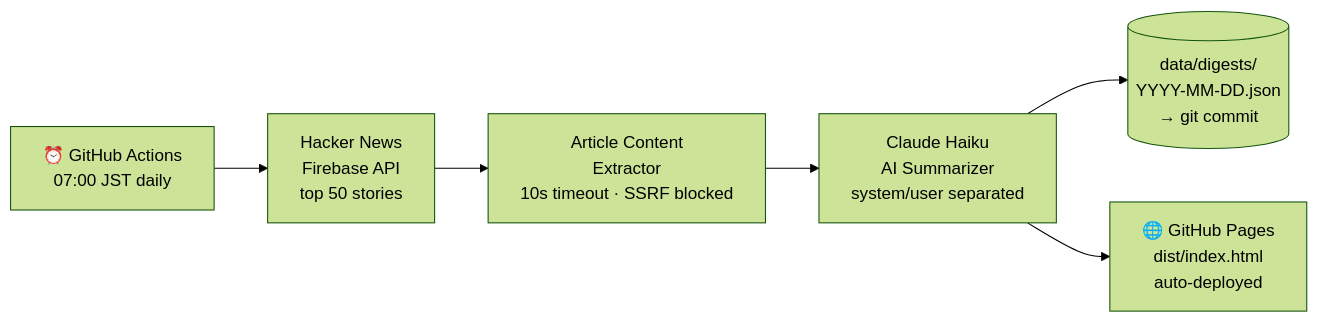
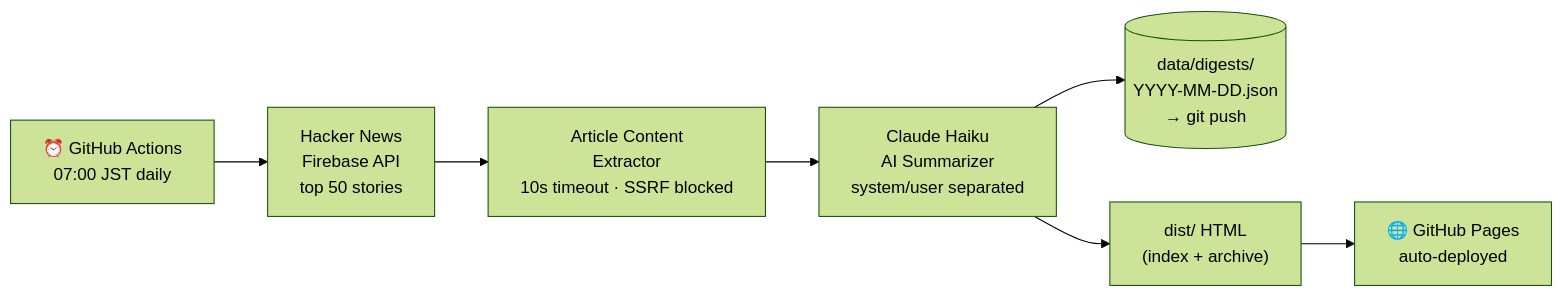
One commit to HayatoToyoda/tech-digest changed the diagram in README.en.md. Above: the diagram before and after it, drawn with Mermaid (forest theme). The commit also changed other lines of this file and 1 other file, not shown here.

````diff
--- a/README.en.md
+++ b/README.en.md
@@ -83,8 +87,9 @@
 ```mermaid
 flowchart LR
     A["⏰ GitHub Actions\n07:00 JST daily"] --> B["Hacker News\nFirebase API\ntop 50 stories"]
     B --> C["Article Content\nExtractor\n10s timeout · SSRF blocked"]
     C --> D["Claude Haiku\nAI Summarizer\nsystem/user separated"]
-    D --> E[("data/digests/\nYYYY-MM-DD.json\n→ git commit")]
-    D --> F["🌐 GitHub Pages\ndist/index.html\nauto-deployed"]
+    D --> E[("data/digests/\nYYYY-MM-DD.json\n→ git push")]
+    D --> F["dist/ HTML\n(index + archive)"]
+    F --> G["🌐 GitHub Pages\nauto-deployed"]
 ```
````
